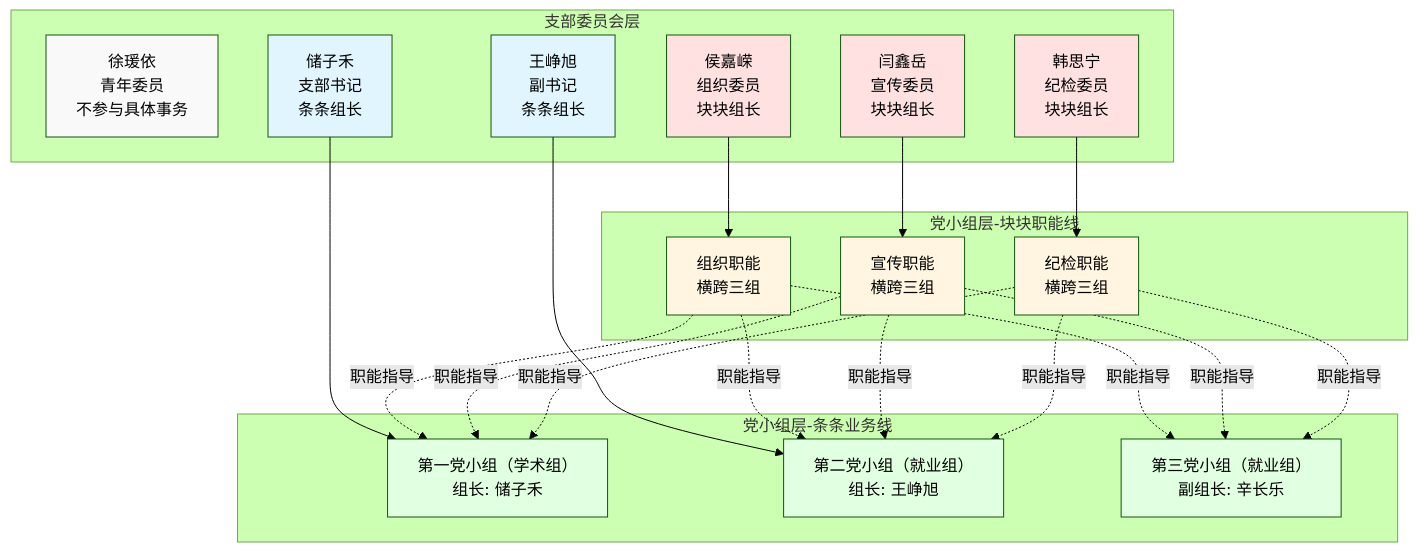
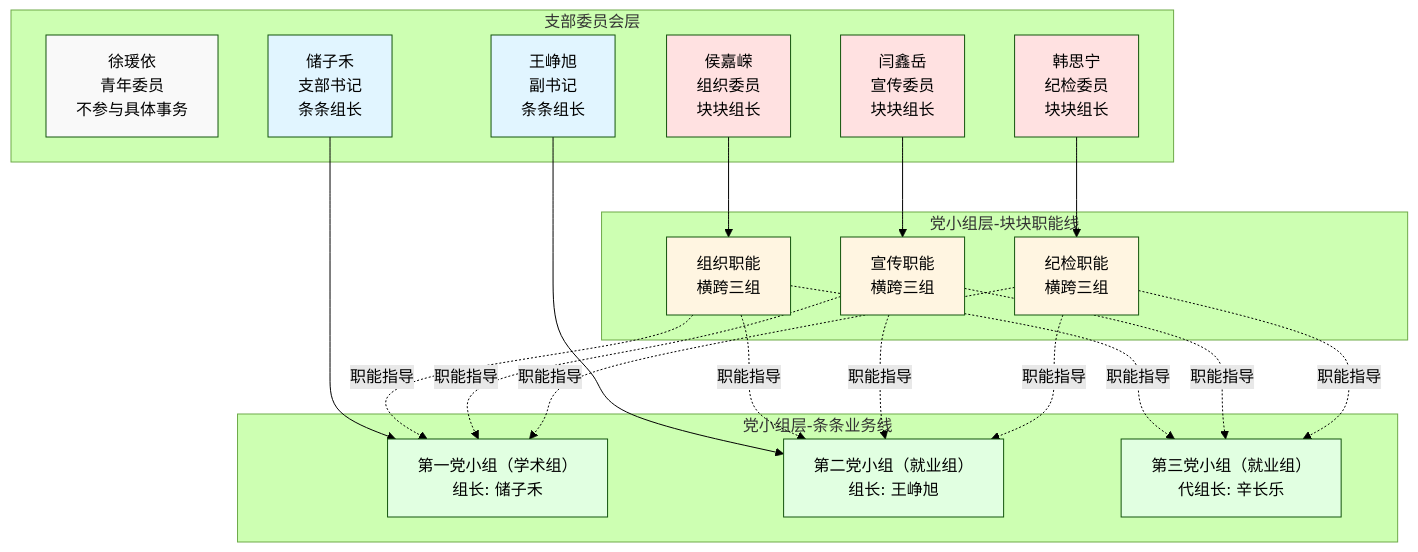
The first of 9 diagrams in 工作流程图-定人定责定岗.md (czhgo/GSM1921-SOP), drawn with Mermaid (forest theme) before and after one commit. The commit also changed other lines of this file and 2 other files, not shown here.

Commit message:
Change 辛长乐's title from 副组长 to 代组长 throughout all documents

````diff
--- a/工作流程图-定人定责定岗.md
+++ b/工作流程图-定人定责定岗.md
@@ -7,53 +7,53 @@
 ```mermaid
 graph TB
     subgraph 支部委员会层
         A[徐瑗依<br/>青年委员<br/>不参与具体事务]
         B[储子禾<br/>支部书记<br/>条条组长]
         C[王峥旭<br/>副书记<br/>条条组长]
         D[侯嘉嵘<br/>组织委员<br/>块块组长]
         E[闫鑫岳<br/>宣传委员<br/>块块组长]
         F[韩思宁<br/>纪检委员<br/>块块组长]
     end
     
     subgraph 党小组层-条条业务线
         G[第一党小组（学术组）<br/>组长: 储子禾]
         H[第二党小组（就业组）<br/>组长: 王峥旭]
-        I[第三党小组（就业组）<br/>副组长: 辛长乐]
+        I[第三党小组（就业组）<br/>代组长: 辛长乐]
     end
     
     subgraph 党小组层-块块职能线
         J[组织职能<br/>横跨三组]
         K[宣传职能<br/>横跨三组]
         L[纪检职能<br/>横跨三组]
     end
     
     B --> G
     C --> H
     I
     D --> J
     E --> K
     F --> L
     
     J -.职能指导.-> G
     J -.职能指导.-> H
     J -.职能指导.-> I
     K -.职能指导.-> G
     K -.职能指导.-> H
     K -.职能指导.-> I
     L -.职能指导.-> G
     L -.职能指导.-> H
     L -.职能指导.-> I
     
     style A fill:#f9f9f9
     style B fill:#e1f5ff
     style C fill:#e1f5ff
     style D fill:#ffe1e1
     style E fill:#ffe1e1
     style F fill:#ffe1e1
     style G fill:#e1ffe1
     style H fill:#e1ffe1
     style I fill:#e1ffe1
     style J fill:#fff5e1
     style K fill:#fff5e1
     style L fill:#fff5e1
 ```
````
